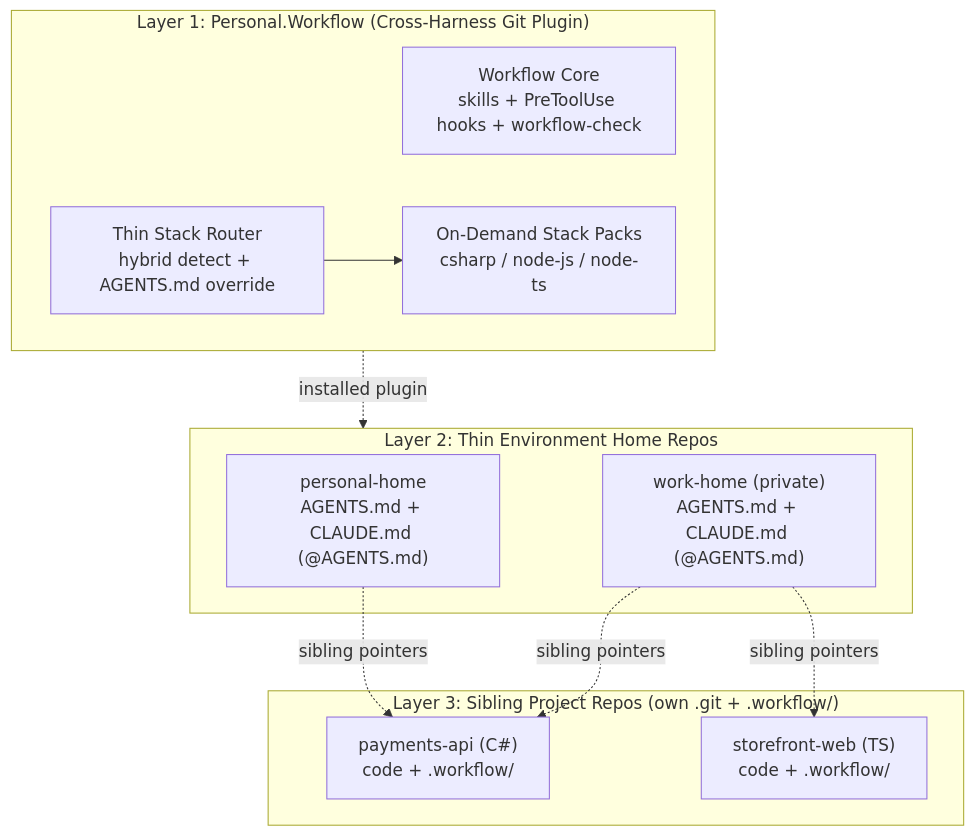
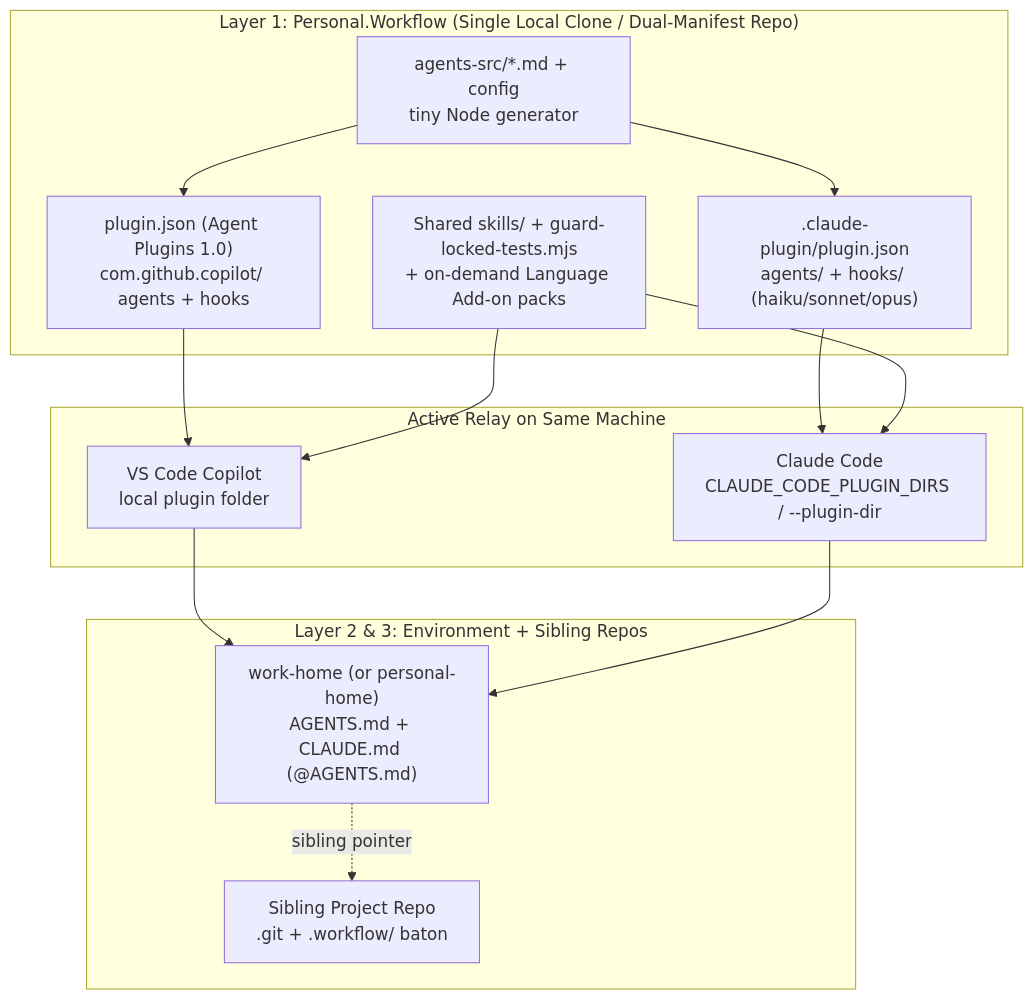
The first of 2 diagrams in .workflow/incubations/home-repo-workflow.md (smikelson75/Personal.Workflow), drawn with Mermaid before and after one commit. The commit also changed other lines of this file, not shown here.

Commit message:
docs(workflow): incubate home-repo-workflow

````diff
--- a/.workflow/incubations/home-repo-workflow.md
+++ b/.workflow/incubations/home-repo-workflow.md
@@ -18,22 +25,29 @@
 ```mermaid
 flowchart TB
-    subgraph Engine["Layer 1: Personal.Workflow (Cross-Harness Git Plugin)"]
-        Core["Workflow Core<br/>skills + PreToolUse hooks + workflow-check"]
-        Router["Thin Stack Router<br/>hybrid detect + AGENTS.md override"] --> Packs["On-Demand Stack Packs<br/>csharp / node-js / node-ts"]
+    subgraph Engine["Layer 1: Personal.Workflow (Single Local Clone / Dual-Manifest Repo)"]
+        Src["agents-src/*.md + config<br/>tiny Node generator"]
+        Shared["Shared skills/ + guard-locked-tests.mjs<br/>+ on-demand Language Add-on packs"]
+        CopilotPkg["plugin.json (Agent Plugins 1.0)<br/>com.github.copilot/ agents + hooks"]
+        ClaudePkg[".claude-plugin/plugin.json<br/>agents/ + hooks/ (haiku/sonnet/opus)"]
+        Src --> CopilotPkg
+        Src --> ClaudePkg
     end
 
-    subgraph Homes["Layer 2: Thin Environment Home Repos"]
-        HomeP["personal-home<br/>AGENTS.md + CLAUDE.md (@AGENTS.md)"]
-        HomeW["work-home (private)<br/>AGENTS.md + CLAUDE.md (@AGENTS.md)"]
+    subgraph Harnesses["Active Relay on Same Machine"]
+        VSC["VS Code Copilot<br/>local plugin folder"]
+        CC["Claude Code<br/>CLAUDE_CODE_PLUGIN_DIRS / --plugin-dir"]
     end
 
-    subgraph Siblings["Layer 3: Sibling Project Repos (own .git + .workflow/)"]
-        API["payments-api (C#)<br/>code + .workflow/"]
-        Web["storefront-web (TS)<br/>code + .workflow/"]
+    subgraph Work["Layer 2 & 3: Environment + Sibling Repos"]
+        Home["work-home (or personal-home)<br/>AGENTS.md + CLAUDE.md (@AGENTS.md)"]
+        Repo["Sibling Project Repo<br/>.git + .workflow/ baton"]
     end
 
-    Engine -. "installed plugin" .-> Homes
-    HomeP -. "sibling pointers" .-> API
-    HomeW -. "sibling pointers" .-> API
-    HomeW -. "sibling pointers" .-> Web
+    CopilotPkg --> VSC
+    ClaudePkg --> CC
+    Shared --> VSC
+    Shared --> CC
+    VSC --> Home
+    CC --> Home
+    Home -. "sibling pointer" .-> Repo
 ```
````
